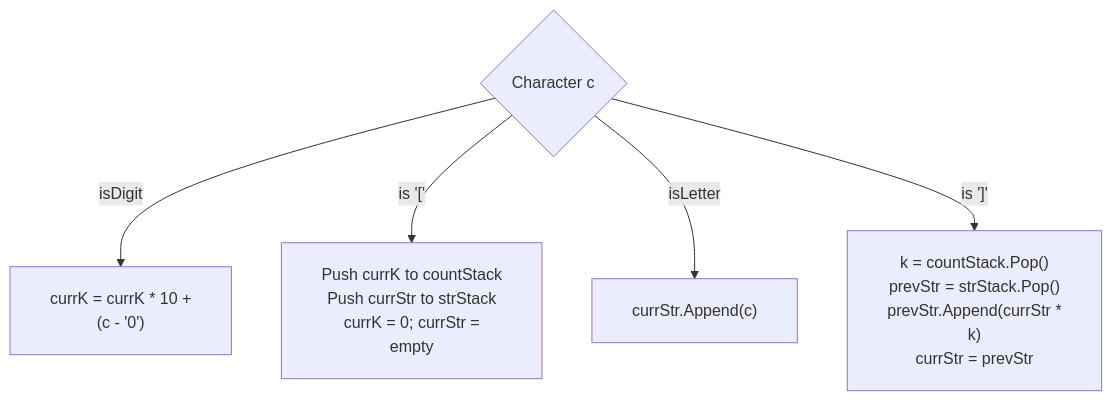
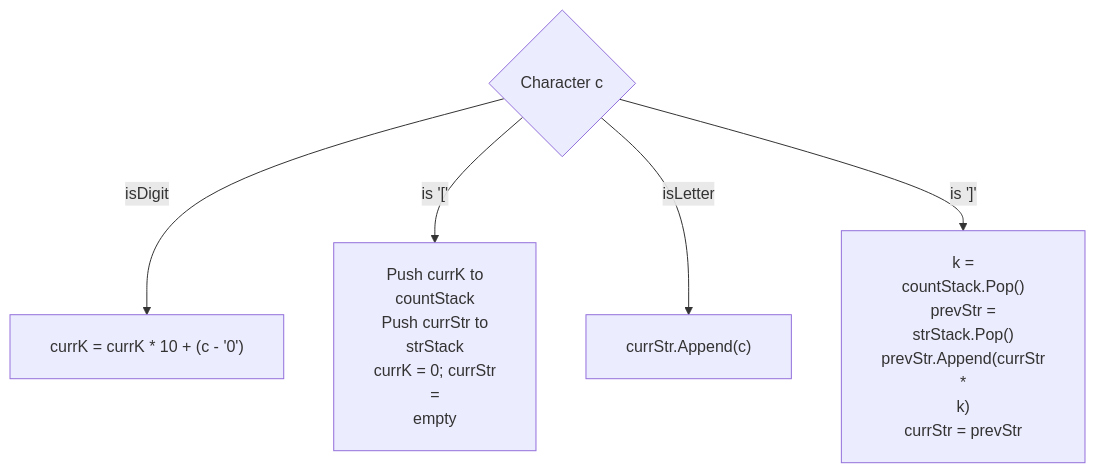
The diagram in Senior_problem_solution/23_Amazon_Google_Uber_Signatures.md (dip4k/DSA_102), drawn with Mermaid before and after one commit. The commit also changed 106 other files, not shown here.

First line of the commit message:
fix(mermaid): prevent text clipping with foreignObject overflow and tighter line wrapping

````diff
--- a/Senior_problem_solution/23_Amazon_Google_Uber_Signatures.md
+++ b/Senior_problem_solution/23_Amazon_Google_Uber_Signatures.md
@@ -597,8 +597,8 @@
 ```mermaid
-%%{init: {"flowchart": {"htmlLabels": true, "padding": 20}}}%%
+%%{init: {"flowchart": {"htmlLabels": true, "padding": 20}, "themeCSS": "foreignObject { overflow: visible !important; }"}}%%
 flowchart TD
-    CharInput{"Character c"} -->|isDigit| G1["currK = currK * 10 +<br/>(c - '0')"]
-    CharInput -->|"is '['"| G2["Push currK to countStack<br/>Push currStr to strStack<br/>currK = 0; currStr =<br/>empty"]
+    CharInput{"Character c"} -->|isDigit| G1["currK = currK * 10 + (c - '0')"]
+    CharInput -->|"is '['"| G2["Push currK to<br/>countStack<br/>Push currStr to<br/>strStack<br/>currK = 0; currStr<br/>=<br/>empty"]
     CharInput -->|isLetter| G3["currStr.Append(c)"]
-    CharInput -->|"is ']'"| G4["k = countStack.Pop()<br/>prevStr = strStack.Pop()<br/>prevStr.Append(currStr *<br/>k)<br/>currStr = prevStr"]
+    CharInput -->|"is ']'"| G4["k =<br/>countStack.Pop()<br/>prevStr =<br/>strStack.Pop()<br/>prevStr.Append(currStr<br/>*<br/>k)<br/>currStr = prevStr"]
 ```
````
